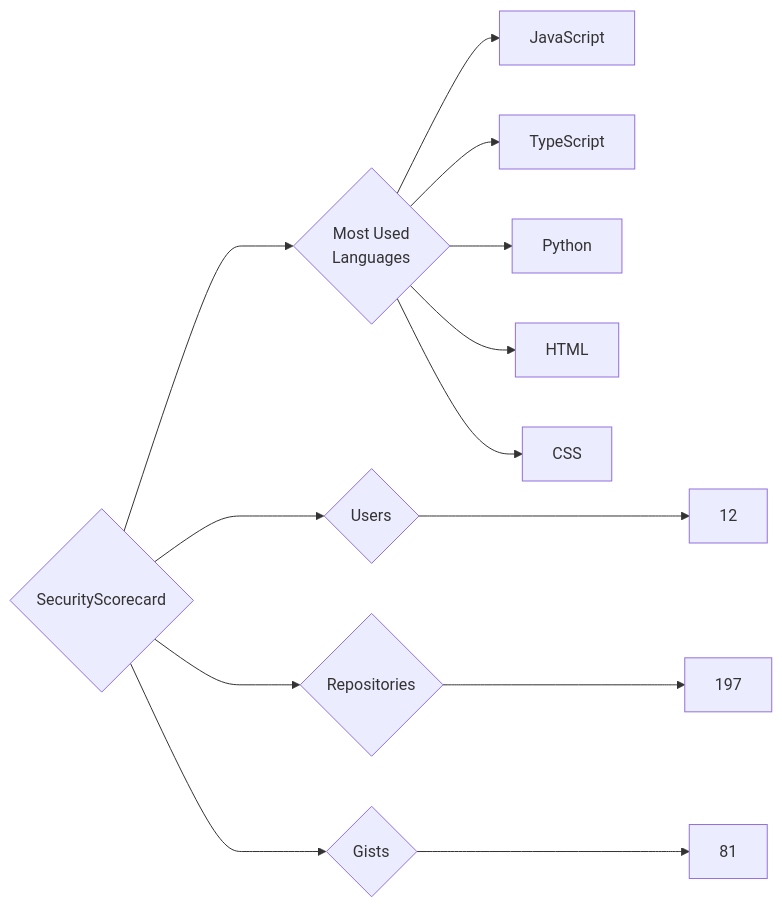
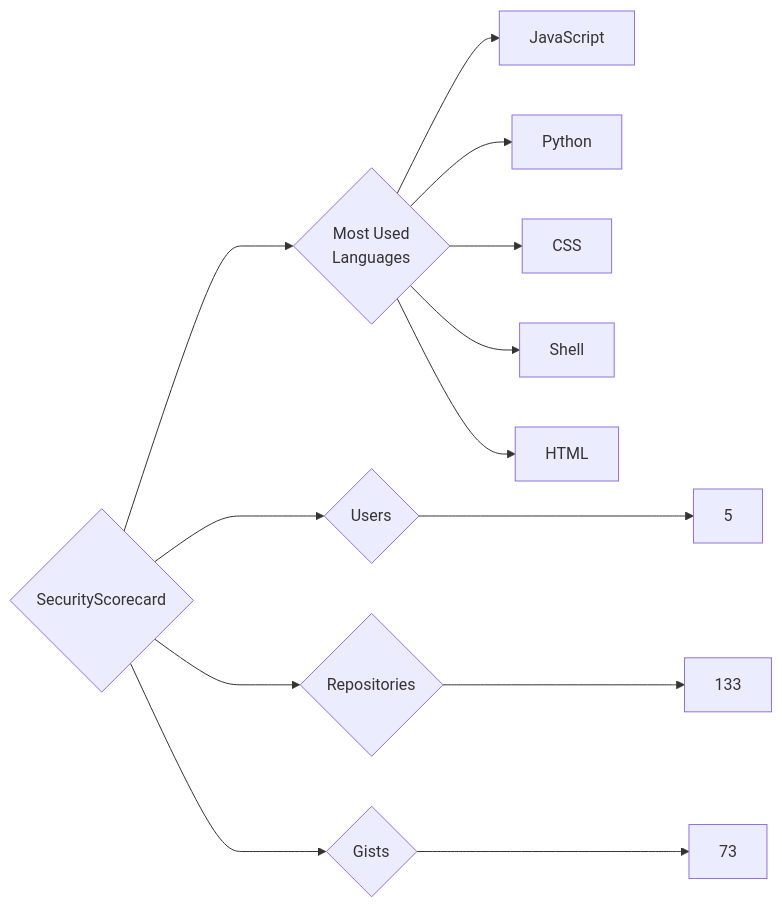
The diagram in targets/SecurityScorecard/README.md (trickest/insiders), drawn with Mermaid before and after one commit. The commit also changed 839 other files, not shown here.

````diff
--- a/targets/SecurityScorecard/README.md
+++ b/targets/SecurityScorecard/README.md
@@ -3,13 +3,13 @@
 ```mermaid
 graph LR
 COMPANY_NAME{SecurityScorecard}
-COMPANY_NAME ---> U{Users} ---> UN[12]
-COMPANY_NAME ---> R{Repositories} ---> RN[197]
-COMPANY_NAME ---> G{Gists} ---> GN[81]
+COMPANY_NAME ---> U{Users} ---> UN[5]
+COMPANY_NAME ---> R{Repositories} ---> RN[133]
+COMPANY_NAME ---> G{Gists} ---> GN[73]
 COMPANY_NAME ---> ML{Most Used<br>Languages}
 ML --> JavaScript[JavaScript]
-ML --> TypeScript[TypeScript]
 ML --> Python[Python]
+ML --> CSS[CSS]
+ML --> Shell[Shell]
 ML --> HTML[HTML]
-ML --> CSS[CSS]
 ```
````
